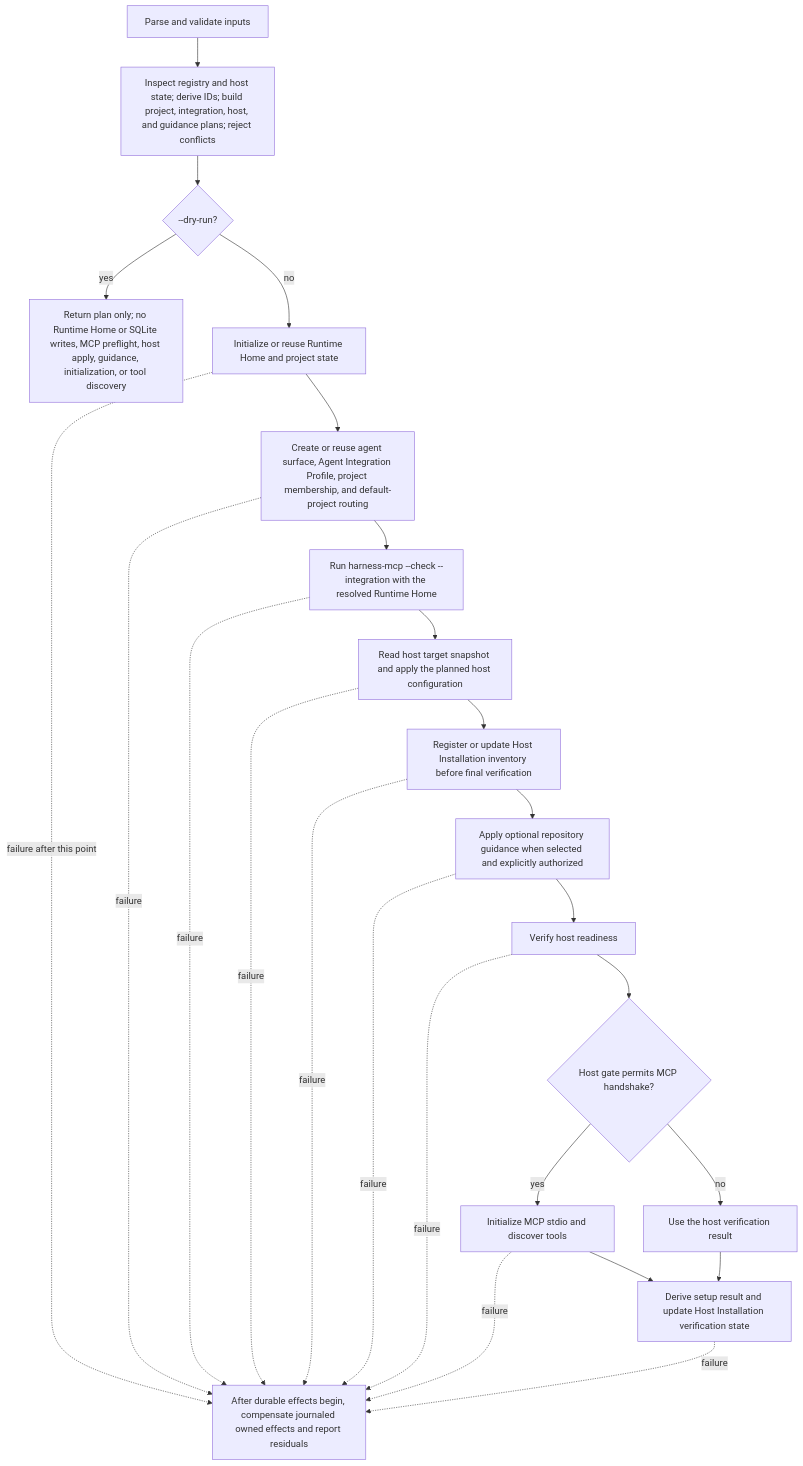
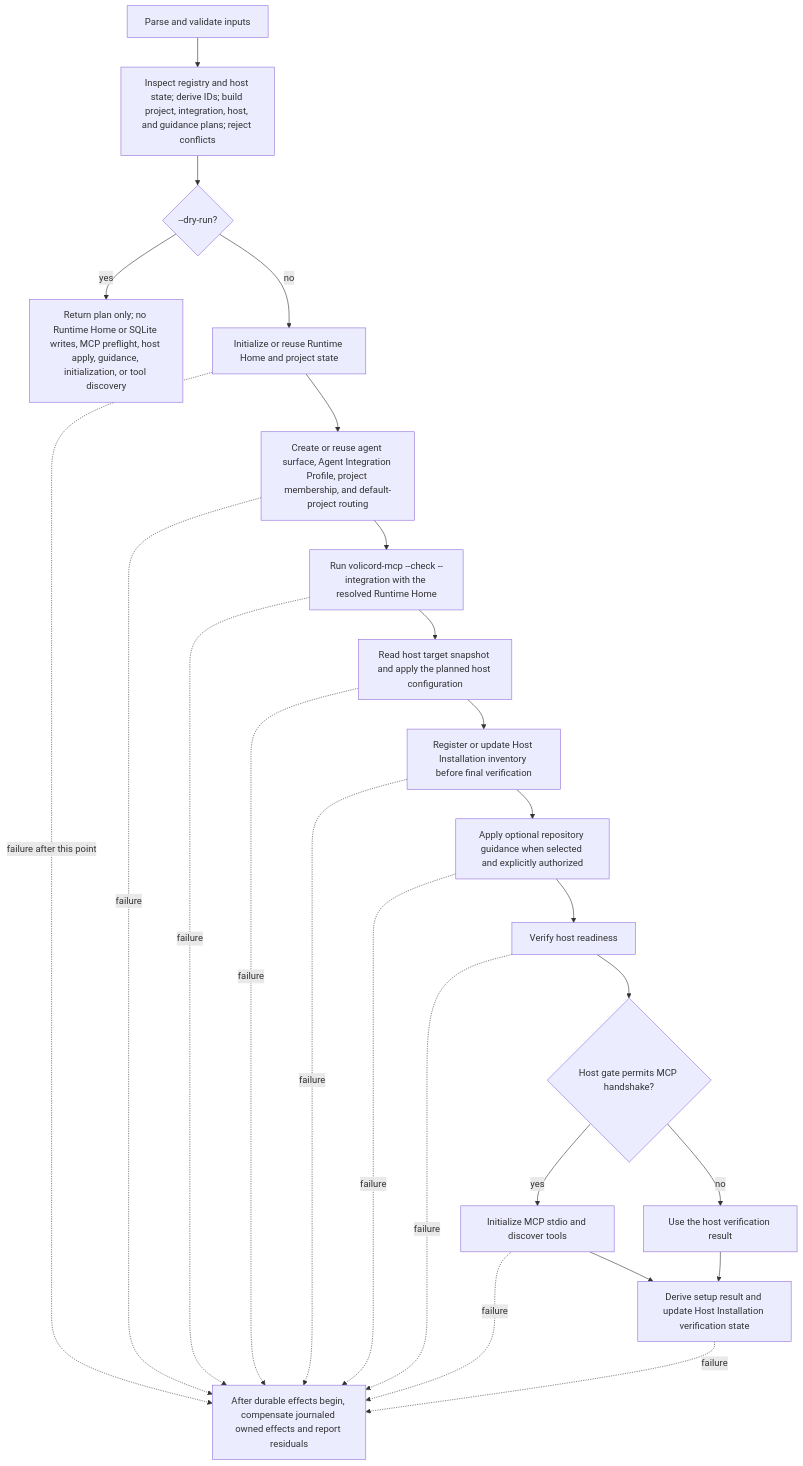
The fourth of 4 diagrams in docs/en/development/architecture.md (minjungw00/Harness_Project), drawn with Mermaid before and after one commit. The commit also changed other lines of this file and 59 other files, not shown here.

````diff
--- a/docs/en/development/architecture.md
+++ b/docs/en/development/architecture.md
@@ -223,34 +223,34 @@
 ```mermaid
 flowchart TD
   parse["Parse and validate inputs"]
   plan["Inspect registry and host state; derive IDs; build project, integration, host, and guidance plans; reject conflicts"]
   dry{"--dry-run?"}
   dryout["Return plan only; no Runtime Home or SQLite writes, MCP preflight, host apply, guidance, initialization, or tool discovery"]
   runtime["Initialize or reuse Runtime Home and project state"]
   integration["Create or reuse agent surface, Agent Integration Profile, project membership, and default-project routing"]
-  preflight["Run harness-mcp --check --integration with the resolved Runtime Home"]
+  preflight["Run volicord-mcp --check --integration with the resolved Runtime Home"]
   host["Read host target snapshot and apply the planned host configuration"]
   inventory["Register or update Host Installation inventory before final verification"]
   guidance["Apply optional repository guidance when selected and explicitly authorized"]
   readiness["Verify host readiness"]
   gate{"Host gate permits MCP handshake?"}
   handshake["Initialize MCP stdio and discover tools"]
   hostonly["Use the host verification result"]
   final["Derive setup result and update Host Installation verification state"]
   fail["After durable effects begin, compensate journaled owned effects and report residuals"]
 
   parse --> plan --> dry
   dry -- yes --> dryout
   dry -- no --> runtime --> integration --> preflight --> host --> inventory --> guidance --> readiness --> gate
   gate -- yes --> handshake --> final
   gate -- no --> hostonly --> final
   runtime -. failure after this point .-> fail
   integration -. failure .-> fail
   preflight -. failure .-> fail
   host -. failure .-> fail
   inventory -. failure .-> fail
   guidance -. failure .-> fail
   readiness -. failure .-> fail
   handshake -. failure .-> fail
   final -. failure .-> fail
 ```
````
